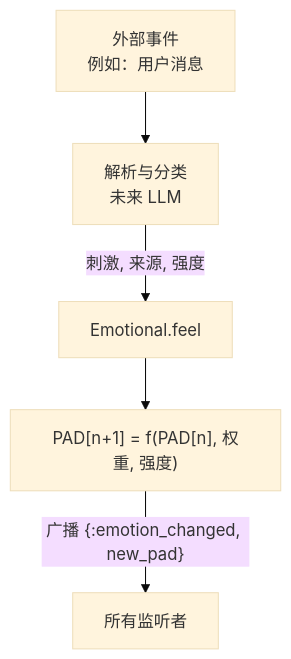
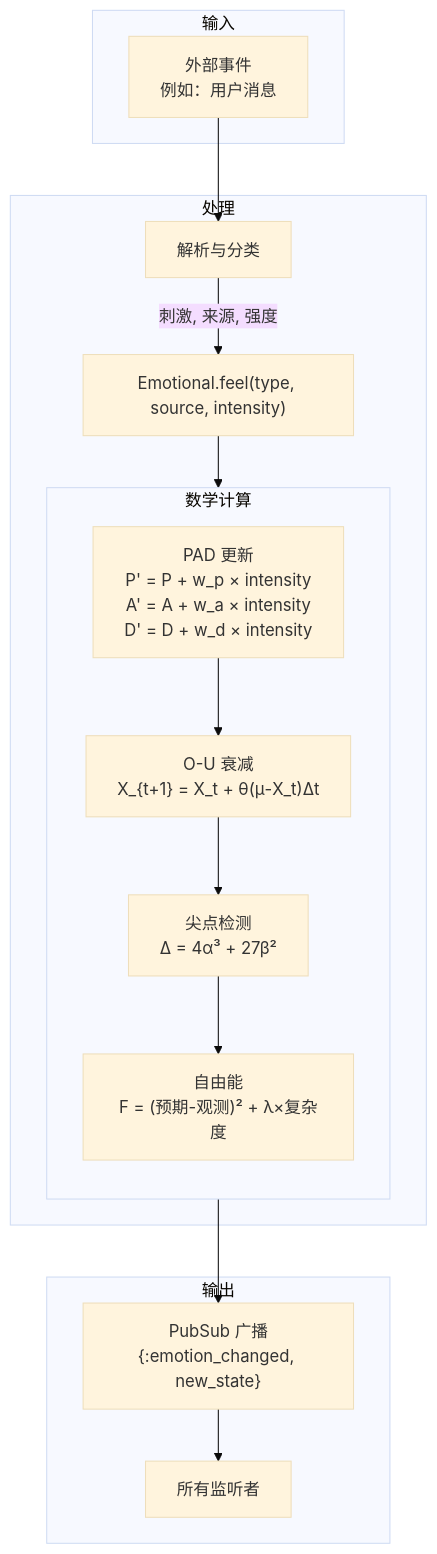
The sixth of 8 diagrams in docs/zh-cn/explanation/architecture.md (gabrielmaialva33/viva), drawn with Mermaid (base theme) before and after one commit. The commit also changed other lines of this file and 4 other files, not shown here.

````diff
--- a/docs/zh-cn/explanation/architecture.md
+++ b/docs/zh-cn/explanation/architecture.md
@@ -128,13 +212,33 @@
 ```mermaid
 flowchart TD
-    Event[外部事件<br/>例如：用户消息]
-    Parse[解析与分类<br/>未来 LLM]
-    Feel[Emotional.feel]
-    Math["PAD[n+1] = f(PAD[n], 权重, 强度)"]
-    Listeners[所有监听者]
+    subgraph Input ["输入"]
+        Event[外部事件<br/>例如：用户消息]
+    end
+
+    subgraph Processing ["处理"]
+        Parse[解析与分类]
+        Feel["Emotional.feel(type, source, intensity)"]
+
+        subgraph Math ["数学计算"]
+            direction TB
+            PAD["PAD 更新<br/>P' = P + w_p × intensity<br/>A' = A + w_a × intensity<br/>D' = D + w_d × intensity"]
+            OU["O-U 衰减<br/>X_{t+1} = X_t + θ(μ-X_t)Δt"]
+            CUSP["尖点检测<br/>Δ = 4α³ + 27β²"]
+            FE["自由能<br/>F = (预期-观测)² + λ×复杂度"]
+        end
+    end
+
+    subgraph Output ["输出"]
+        Broadcast["PubSub 广播<br/>{:emotion_changed, new_state}"]
+        Listeners[所有监听者]
+    end
 
     Event --> Parse
     Parse -->|"刺激, 来源, 强度"| Feel
-    Feel --> Math
-    Math -->|"广播 {:emotion_changed, new_pad}"| Listeners
+    Feel --> PAD
+    PAD --> OU
+    OU --> CUSP
+    CUSP --> FE
+    FE --> Broadcast
+    Broadcast --> Listeners
 ```
````
